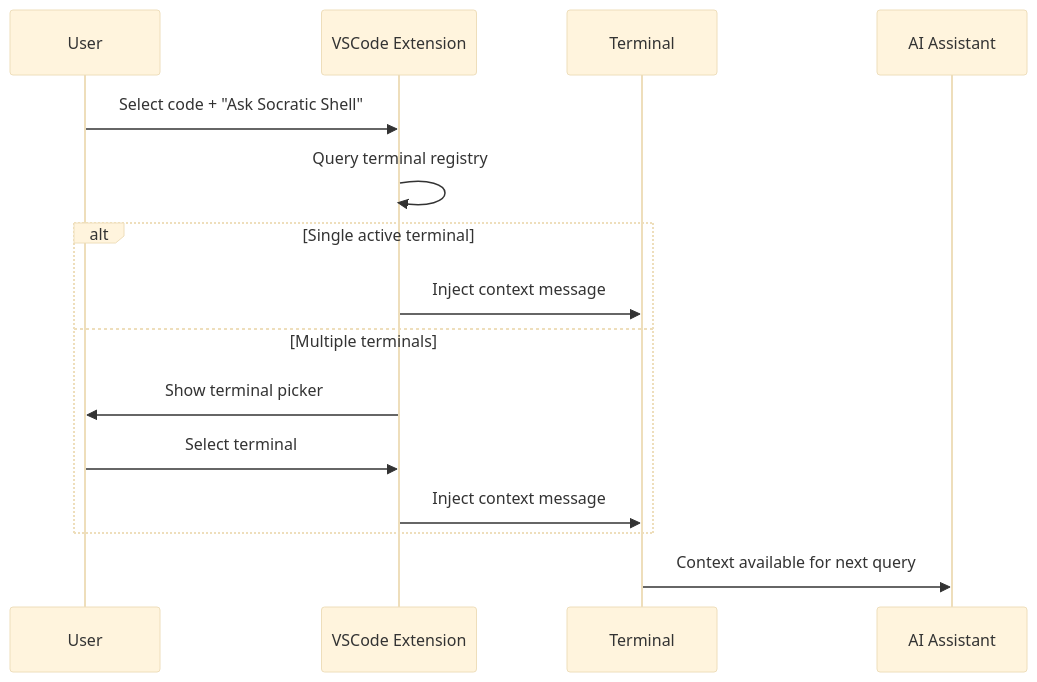
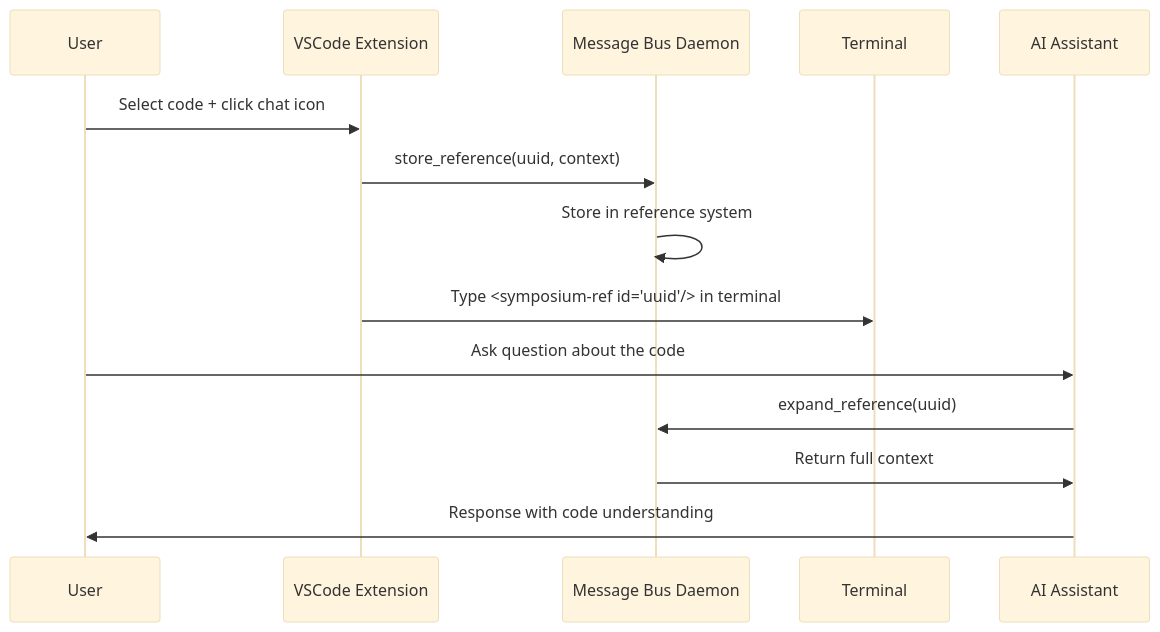
One commit to socratic-shell/symposium changed the diagram in md/design/ask-socratic-shell.md. Above: the diagram before and after it, drawn with Mermaid (base theme). The commit also changed other lines of this file and 8 other files, not shown here.

First line of the commit message:
Rename ssref to symposium-ref throughout codebase

````diff
--- a/md/design/ask-socratic-shell.md
+++ b/md/design/ask-socratic-shell.md
@@ -15,18 +51,17 @@
 ```mermaid
 sequenceDiagram
     participant User as User
-    participant Ext as VSCode Extension
+    participant Ext as VSCode Extension  
+    participant Daemon as Message Bus Daemon
     participant Term as Terminal
     participant AI as AI Assistant
 
-    User->>Ext: Select code + "Ask Socratic Shell"
-    Ext->>Ext: Query terminal registry
-    alt Single active terminal
-        Ext->>Term: Inject context message
-    else Multiple terminals
-        Ext->>User: Show terminal picker
-        User->>Ext: Select terminal
-        Ext->>Term: Inject context message
-    end
-    Term->>AI: Context available for next query
+    User->>Ext: Select code + click chat icon
+    Ext->>Daemon: store_reference(uuid, context) 
+    Daemon->>Daemon: Store in reference system
+    Ext->>Term: Type <symposium-ref id="uuid"/> in terminal
+    User->>AI: Ask question about the code
+    AI->>Daemon: expand_reference(uuid)
+    Daemon->>AI: Return full context
+    AI->>User: Response with code understanding
 ```
````
